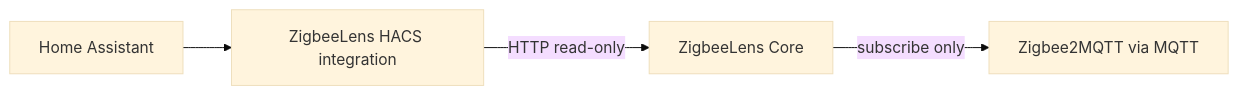
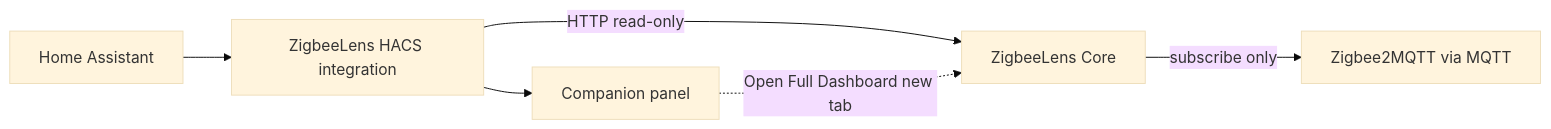
The diagram in docs/hacs.md (theaussiepom/zigbeelens), drawn with Mermaid (base theme) before and after one commit. The commit also changed other lines of this file and 13 other files, not shown here.

````diff
--- a/docs/hacs.md
+++ b/docs/hacs.md
@@ -34,11 +59,14 @@
 ```mermaid
 flowchart LR
   HA[Home Assistant]
   HACS[ZigbeeLens HACS integration]
+  Panel[Companion panel]
   Core[ZigbeeLens Core]
   MQTT[Zigbee2MQTT via MQTT]
 
   HA --> HACS
+  HACS --> Panel
   HACS -->|HTTP read-only| Core
+  Panel -. Open Full Dashboard new tab .-> Core
   Core -->|subscribe only| MQTT
 ```
````
